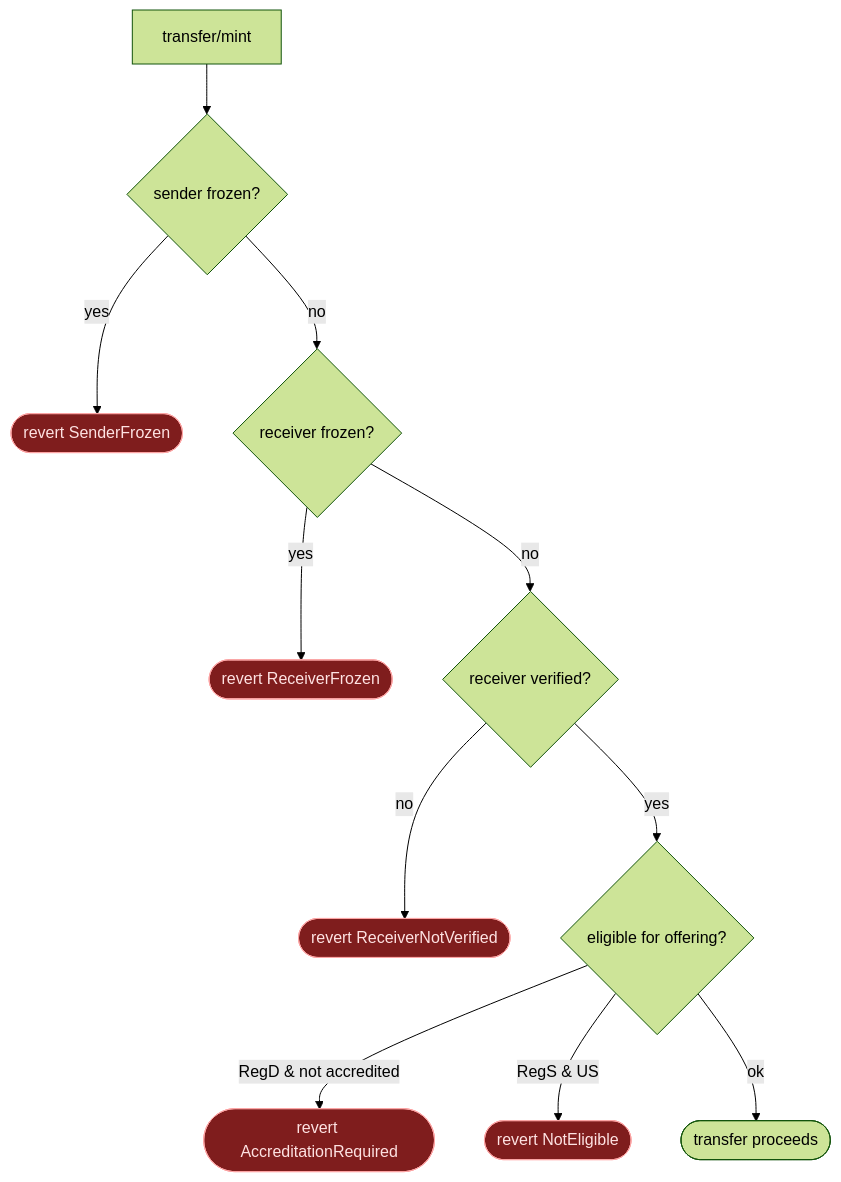
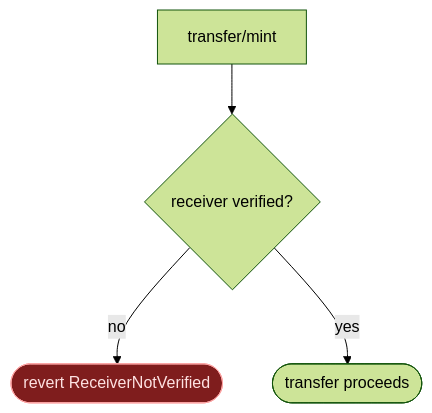
One commit to xbt-a4224j/permissioned-credit-ledger changed the third of 14 diagrams in docs/architecture/MAP.md. Above: the diagram before and after it, drawn with Mermaid (forest theme). The commit also changed other lines of this file and 69 other files, not shown here.

````diff
--- a/docs/architecture/MAP.md
+++ b/docs/architecture/MAP.md
@@ -150,16 +130,9 @@
 ```mermaid
 flowchart TB
-  A[transfer/mint] --> S0{sender frozen?}
-  S0 -- yes --> E0([revert SenderFrozen])
-  S0 -- no --> S1{receiver frozen?}
-  S1 -- yes --> E1([revert ReceiverFrozen])
-  S1 -- no --> S2{receiver verified?}
+  A[transfer/mint] --> S2{receiver verified?}
   S2 -- no --> E2([revert ReceiverNotVerified])
-  S2 -- yes --> S3{eligible for offering?}
-  S3 -- "RegD &amp; not accredited" --> E3([revert AccreditationRequired])
-  S3 -- "RegS &amp; US" --> E4([revert NotEligible])
-  S3 -- ok --> OK([transfer proceeds])
+  S2 -- yes --> OK([transfer proceeds])
 
   classDef rev fill:#7f1d1d,stroke:#fca5a5,color:#fee2e2;
-  class E0,E1,E2,E3,E4 rev;
+  class E2 rev;
 ```
````
